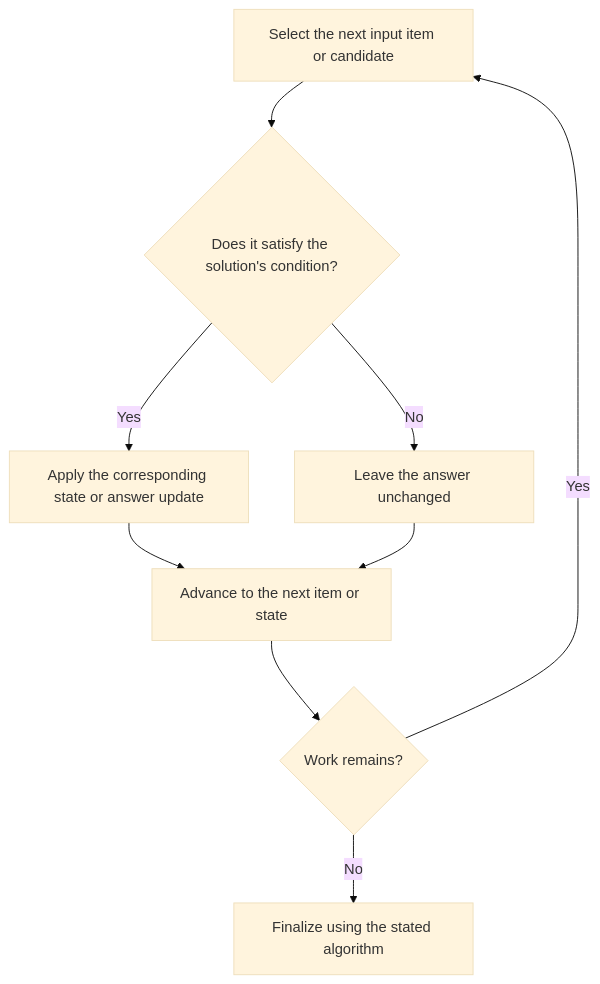
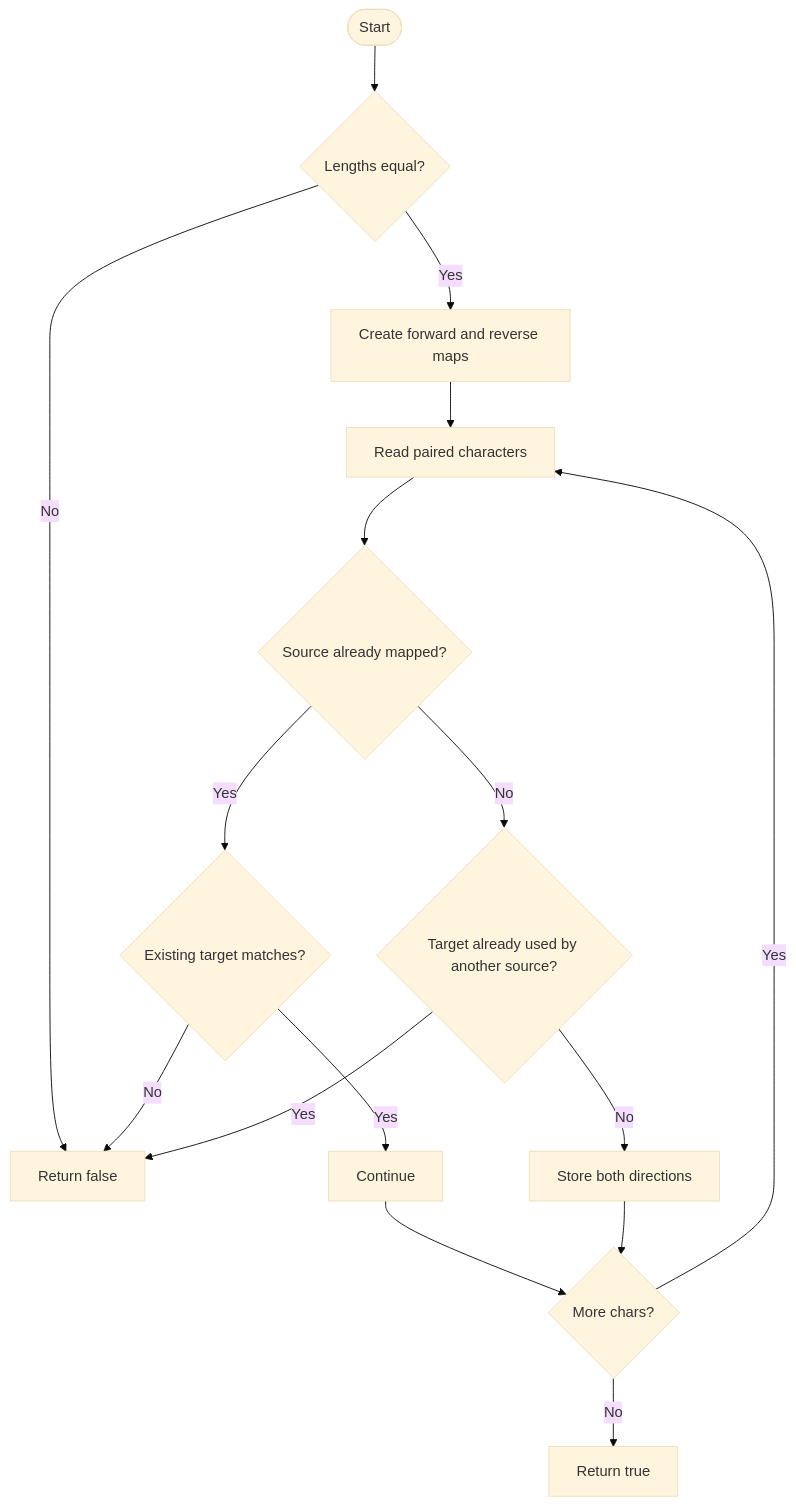
The diagram in LeetCode/205/README.md (SAIDEEPBHANGE/C-CPP-Codes), drawn with Mermaid (base theme) before and after one commit. The commit also changed other lines of this file and 196 other files, not shown here.

````diff
--- a/LeetCode/205/README.md
+++ b/LeetCode/205/README.md
@@ -40,11 +31,18 @@
 ```mermaid
 flowchart TD
-    A[Select the next input item or candidate] --> B{Does it satisfy the solution's condition?}
-    B -- Yes --> C[Apply the corresponding state or answer update]
-    B -- No --> D[Leave the answer unchanged]
-    C --> E[Advance to the next item or state]
-    D --> E
-    E --> F{Work remains?}
-    F -- Yes --> A
-    F -- No --> G[Finalize using the stated algorithm]
+ A([Start]) --> B{Lengths equal?}
+ B -- No --> C[Return false]
+ B -- Yes --> D[Create forward and reverse maps]
+ D --> E[Read paired characters]
+ E --> F{Source already mapped?}
+ F -- Yes --> G{Existing target matches?}
+ G -- No --> C
+ G -- Yes --> H[Continue]
+ F -- No --> I{Target already used by another source?}
+ I -- Yes --> C
+ I -- No --> J[Store both directions]
+ H --> K{More chars?}
+ J --> K
+ K -- Yes --> E
+ K -- No --> L[Return true]
 ```
````
